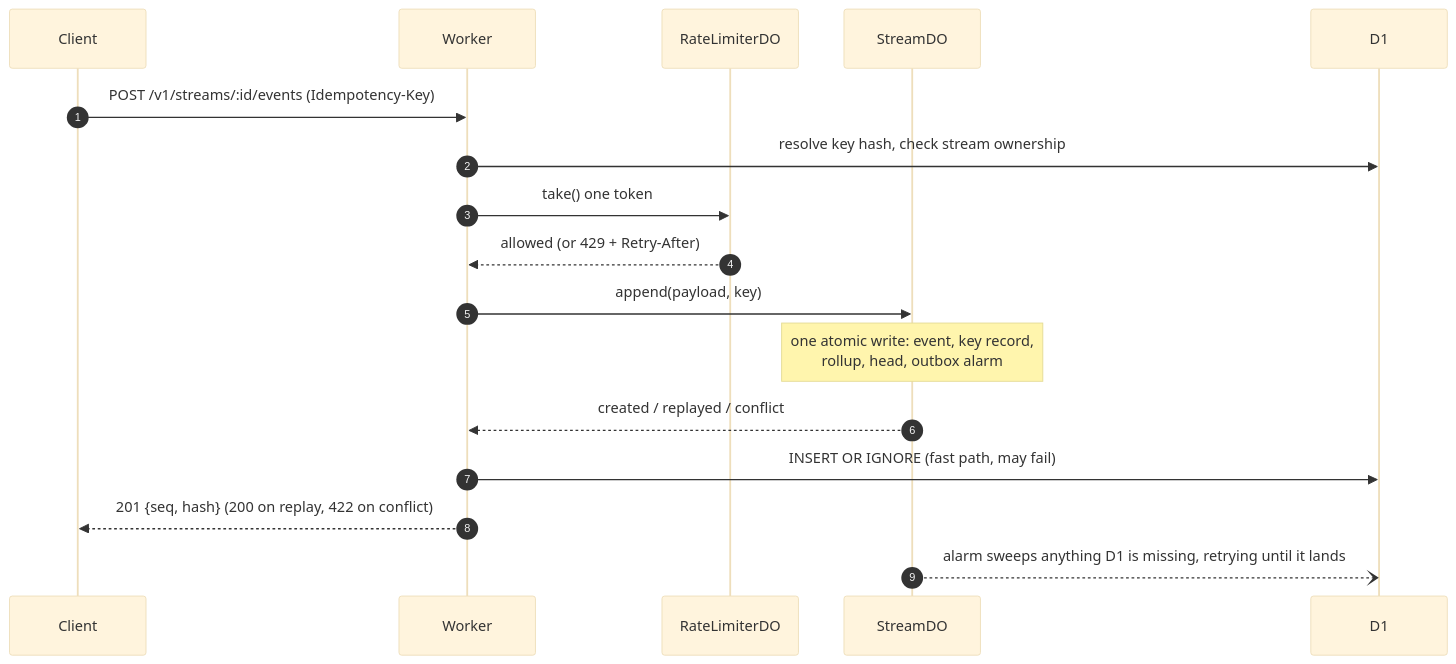
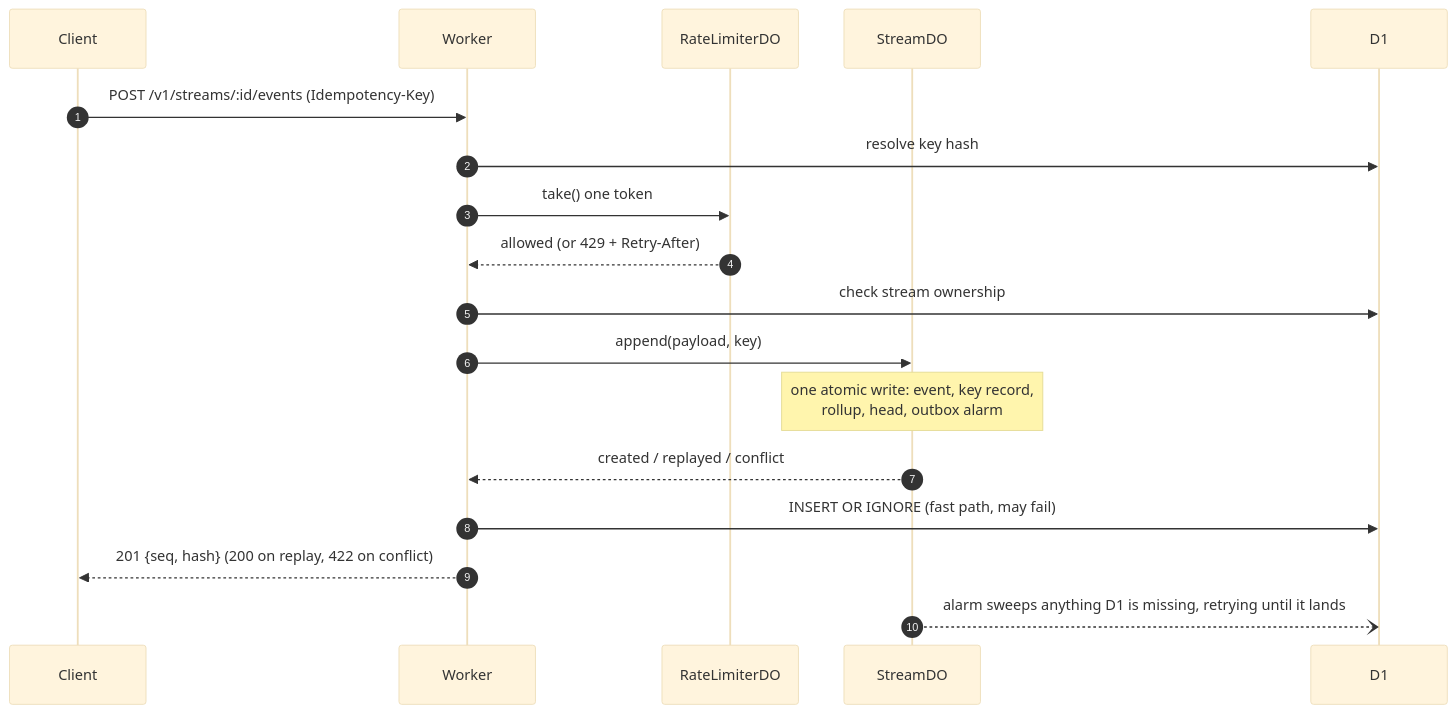
Before and after one commit to aaguasvivas/ledgerline: the second of 2 diagrams in README.md, drawn with Mermaid (base theme). The commit also changed other lines of this file and 2 other files, not shown here.

````diff
--- a/README.md
+++ b/README.md
@@ -53,19 +56,20 @@
 ```mermaid
 sequenceDiagram
     autonumber
     participant C as Client
     participant W as Worker
     participant R as RateLimiterDO
     participant S as StreamDO
     participant D as D1
     C->>W: POST /v1/streams/:id/events (Idempotency-Key)
-    W->>D: resolve key hash, check stream ownership
+    W->>D: resolve key hash
     W->>R: take() one token
     R-->>W: allowed (or 429 + Retry-After)
+    W->>D: check stream ownership
     W->>S: append(payload, key)
     Note over S: one atomic write: event, key record,<br/>rollup, head, outbox alarm
     S-->>W: created / replayed / conflict
     W->>D: INSERT OR IGNORE (fast path, may fail)
     W-->>C: 201 {seq, hash} (200 on replay, 422 on conflict)
     S--)D: alarm sweeps anything D1 is missing, retrying until it lands
 ```
````
